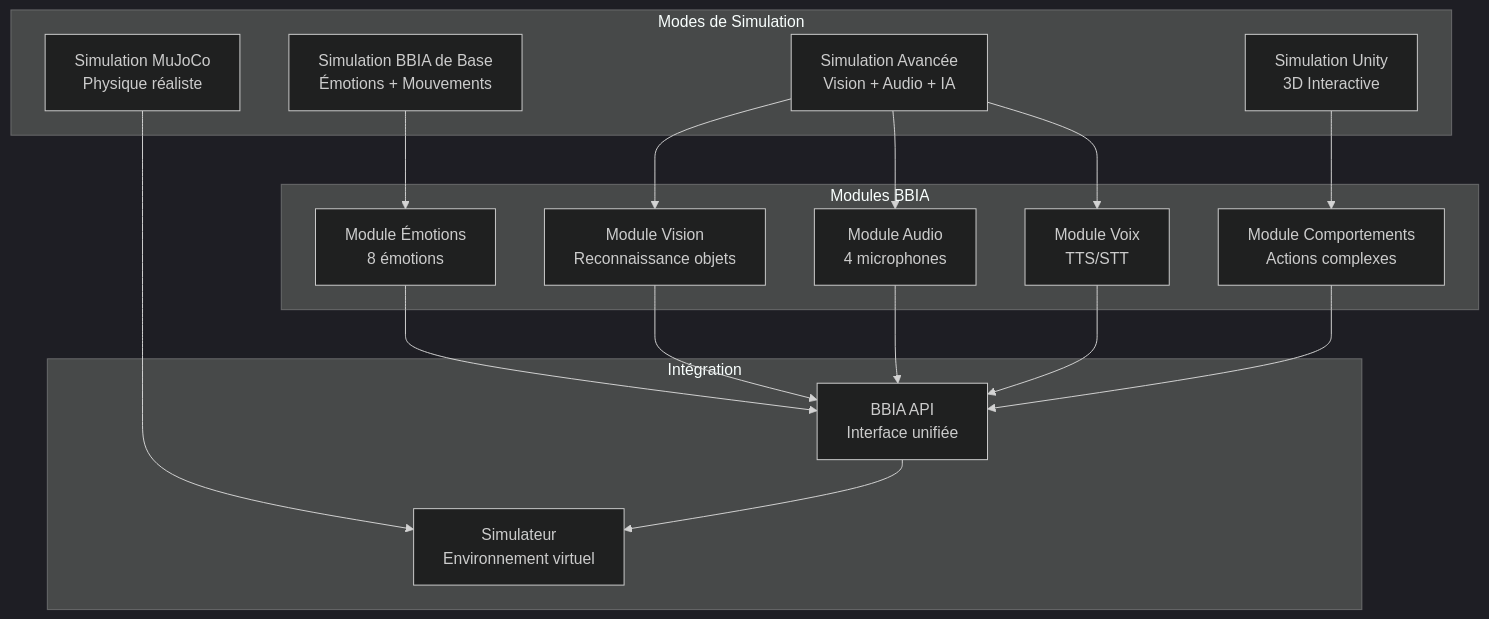
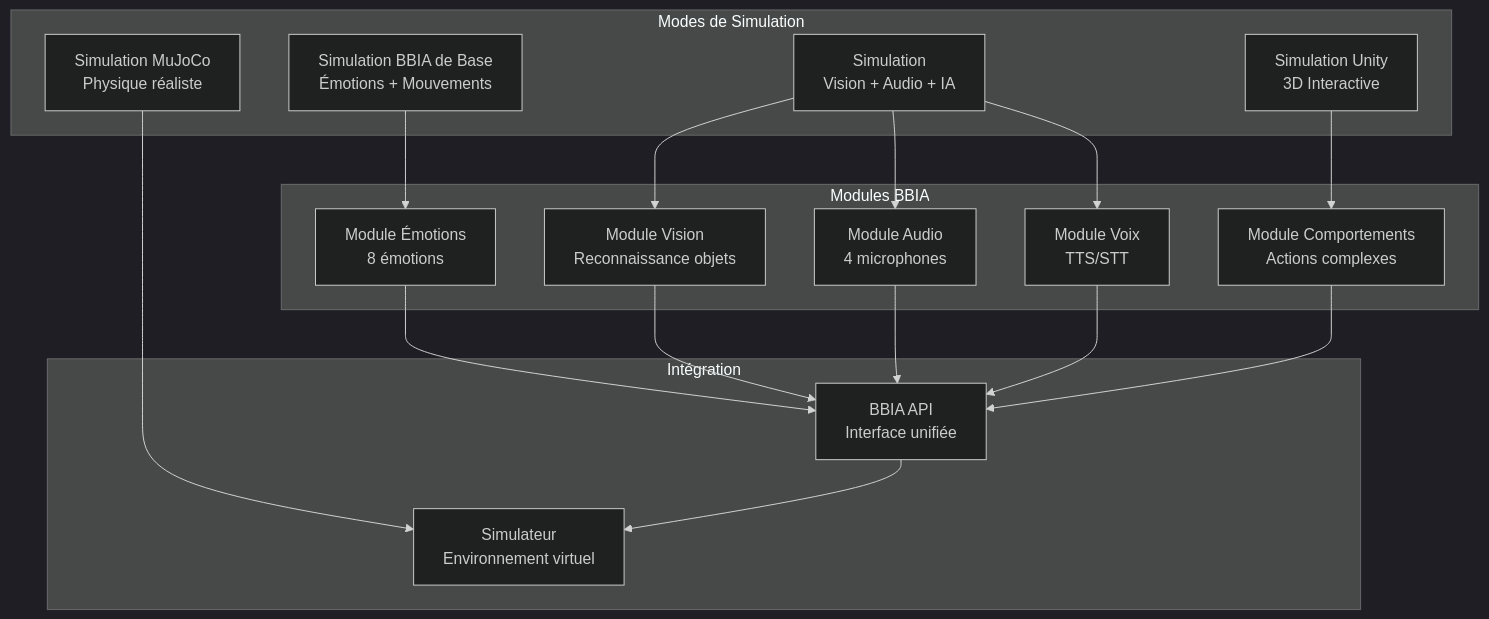
Before and after one commit to arkalia-luna-system/bbia-sim: the first of 3 diagrams in docs/simulations/SIMULATION_BBIA_COMPLETE.md, drawn with Mermaid (dark theme). The commit also changed 21 other files, not shown here.

````diff
--- a/docs/simulations/SIMULATION_BBIA_COMPLETE.md
+++ b/docs/simulations/SIMULATION_BBIA_COMPLETE.md
@@ -24,38 +24,38 @@
 ```mermaid
 graph TB
     subgraph "Modes de Simulation"
         BASIC[Simulation BBIA de Base<br/>Émotions + Mouvements]
-        ADVANCED[Simulation Avancée<br/>Vision + Audio + IA]
+        ADVANCED[Simulation<br/>Vision + Audio + IA]
         UNITY[Simulation Unity<br/>3D Interactive]
         MUJOCO[Simulation MuJoCo<br/>Physique réaliste]
     end
 
     subgraph "Modules BBIA"
         EMOTIONS[Module Émotions<br/>8 émotions]
         VISION[Module Vision<br/>Reconnaissance objets]
         AUDIO[Module Audio<br/>4 microphones]
         VOICE[Module Voix<br/>TTS/STT]
         BEHAVIOR[Module Comportements<br/>Actions complexes]
     end
 
     subgraph "Intégration"
         API[BBIA API<br/>Interface unifiée]
         SIMULATOR[Simulateur<br/>Environnement virtuel]
     end
 
     BASIC --> EMOTIONS
     ADVANCED --> VISION
     ADVANCED --> AUDIO
     ADVANCED --> VOICE
     UNITY --> BEHAVIOR
     MUJOCO --> SIMULATOR
 
     EMOTIONS --> API
     VISION --> API
     AUDIO --> API
     VOICE --> API
     BEHAVIOR --> API
 
     API --> SIMULATOR
 
 ```
````
